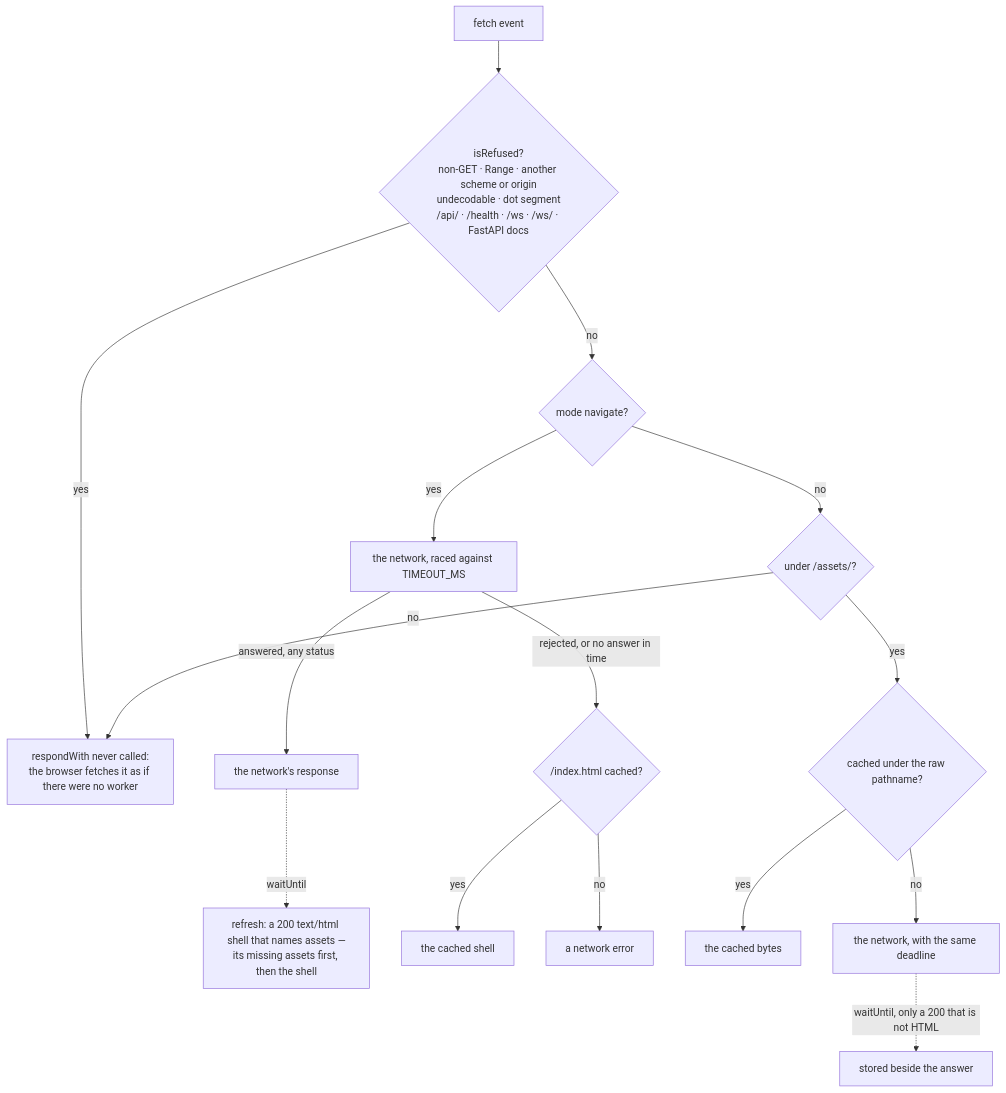
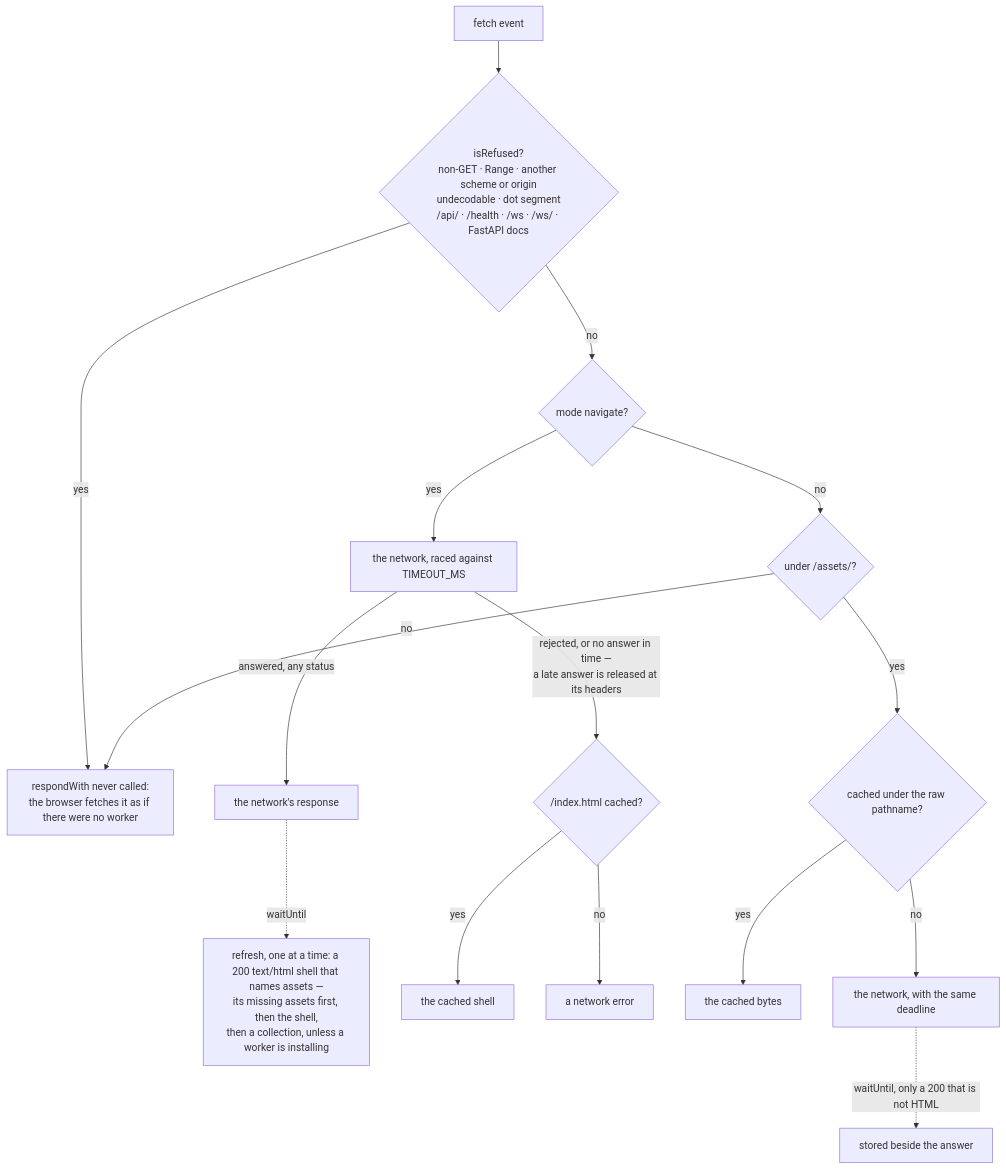
The second of 3 diagrams in docs/web-frontend.md (anirudhlath/alfred), drawn with Mermaid before and after one commit. The commit also changed other lines of this file and 3 other files, not shown here.

````diff
--- a/docs/web-frontend.md
+++ b/docs/web-frontend.md
@@ -1252,18 +1317,18 @@
 ```mermaid
 flowchart TD
     F["fetch event"] --> R{"isRefused?<br/>non-GET · Range · another scheme or origin<br/>undecodable · dot segment<br/>/api/ · /health · /ws · /ws/ · FastAPI docs"}
     R -->|yes| X["respondWith never called:<br/>the browser fetches it as if there were no worker"]
     R -->|no| M{"mode navigate?"}
     M -->|yes| NET["the network, raced against TIMEOUT_MS"]
     NET -->|answered, any status| LIVE["the network's response"]
-    LIVE -.->|waitUntil| REF["refresh: a 200 text/html shell that names assets —<br/>its missing assets first, then the shell"]
-    NET -->|rejected, or no answer in time| HAS{"/index.html cached?"}
+    LIVE -.->|waitUntil| REF["refresh, one at a time: a 200 text/html shell that names assets —<br/>its missing assets first, then the shell,<br/>then a collection, unless a worker is installing"]
+    NET -->|rejected, or no answer in time —<br/>a late answer is released at its headers| HAS{"/index.html cached?"}
     HAS -->|yes| SHELL["the cached shell"]
     HAS -->|no| FAIL["a network error"]
     M -->|no| A{"under /assets/?"}
     A -->|no| X
     A -->|yes| HIT{"cached under the raw pathname?"}
     HIT -->|yes| CACHED["the cached bytes"]
     HIT -->|no| GET["the network, with the same deadline"]
     GET -.->|waitUntil, only a 200 that is not HTML| STORE["stored beside the answer"]
 ```
````
